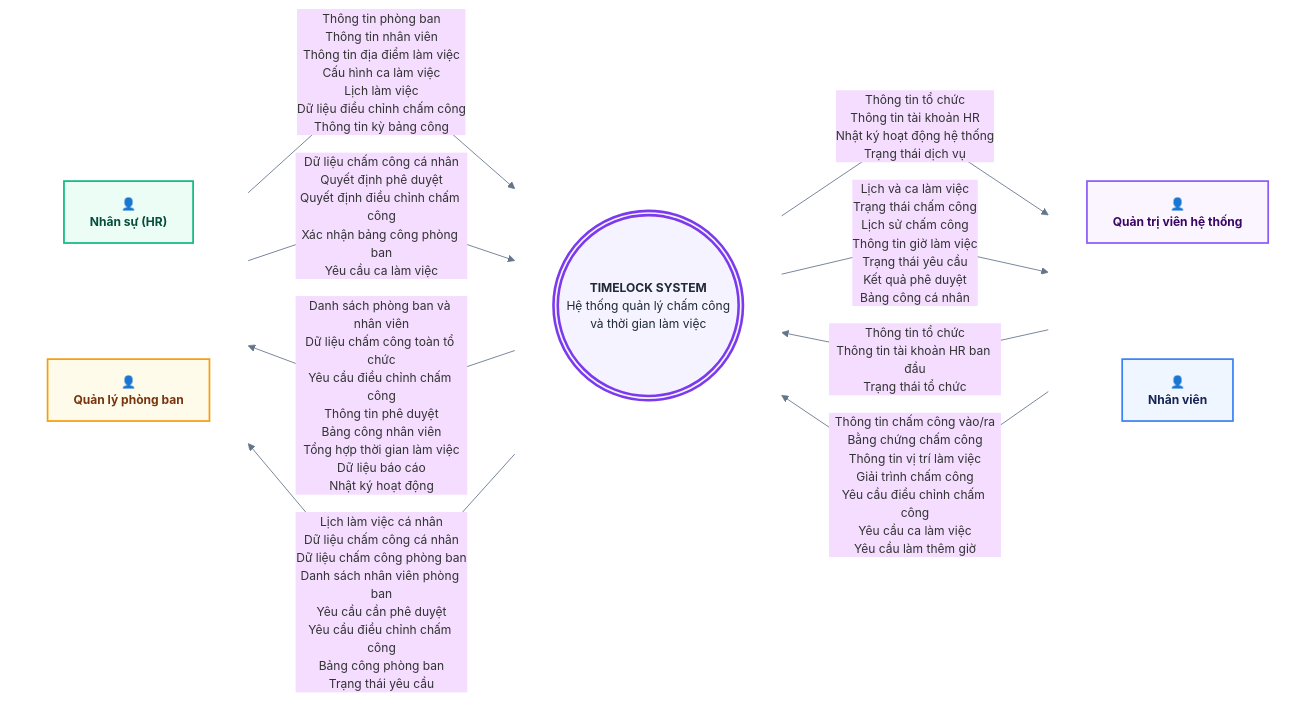
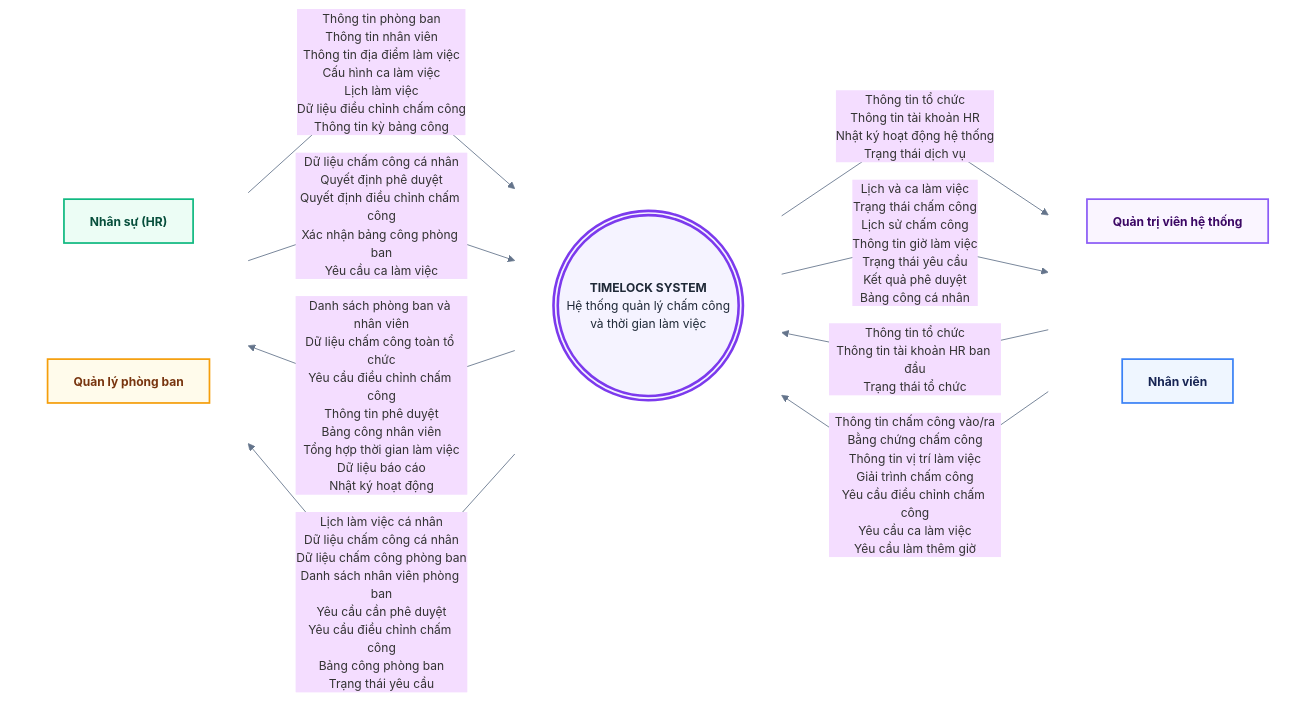
One commit to hoaibao1102/CoreStaff changed the diagram in Docs/TimeLock_Context_Diagram.md. Above: the diagram before and after it, drawn with Mermaid. The commit also changed other lines of this file and 1 other file, not shown here.

```diff
--- a/Docs/TimeLock_Context_Diagram.md
+++ b/Docs/TimeLock_Context_Diagram.md
@@ -26,103 +26,43 @@
 }}%%
 
 flowchart LR
-
-    %% =====================================================
-    %% LEFT ACTORS
-    %% =====================================================
-
     subgraph LEFT[" "]
         direction TB
-
-        ADMIN["👤<br/><b>Quản trị viên hệ thống</b>"]
-
-        EMPLOYEE["👤<br/><b>Nhân viên</b>"]
+        ADMIN["<b>Quản trị viên hệ thống</b>"]
+        EMPLOYEE["<b>Nhân viên</b>"]
     end
-
-
-    %% =====================================================
-    %% TIMELOCK SYSTEM
-    %% =====================================================
 
     subgraph CENTER[" "]
         direction TB
-
         TIMELOCK((("<b>TIMELOCK SYSTEM</b><br/>Hệ thống quản lý chấm công<br/>và thời gian làm việc")))
     end
 
-
-    %% =====================================================
-    %% RIGHT ACTORS
-    %% =====================================================
-
     subgraph RIGHT[" "]
         direction TB
-
-        HR["👤<br/><b>Nhân sự (HR)</b>"]
-
-        MANAGER["👤<br/><b>Quản lý phòng ban</b>"]
+        HR["<b>Nhân sự (HR)</b>"]
+        MANAGER["<b>Quản lý phòng ban</b>"]
     end
 
-
-    %% =====================================================
-    %% SYSTEM ADMIN
-    %% =====================================================
-
     ADMIN -->|"Thông tin tổ chức<br/>Thông tin tài khoản HR ban đầu<br/>Trạng thái tổ chức"| TIMELOCK
-
     TIMELOCK -->|"Thông tin tổ chức<br/>Thông tin tài khoản HR<br/>Nhật ký hoạt động hệ thống<br/>Trạng thái dịch vụ"| ADMIN
 
-
-    %% =====================================================
-    %% EMPLOYEE
-    %% =====================================================
-
     EMPLOYEE -->|"Thông tin chấm công vào/ra<br/>Bằng chứng chấm công<br/>Thông tin vị trí làm việc<br/>Giải trình chấm công<br/>Yêu cầu điều chỉnh chấm công<br/>Yêu cầu ca làm việc<br/>Yêu cầu làm thêm giờ"| TIMELOCK
-
     TIMELOCK -->|"Lịch và ca làm việc<br/>Trạng thái chấm công<br/>Lịch sử chấm công<br/>Thông tin giờ làm việc<br/>Trạng thái yêu cầu<br/>Kết quả phê duyệt<br/>Bảng công cá nhân"| EMPLOYEE
 
-
-    %% =====================================================
-    %% HR
-    %% =====================================================
-
     HR -->|"Thông tin phòng ban<br/>Thông tin nhân viên<br/>Thông tin địa điểm làm việc<br/>Cấu hình ca làm việc<br/>Lịch làm việc<br/>Dữ liệu điều chỉnh chấm công<br/>Thông tin kỳ bảng công"| TIMELOCK
-
     TIMELOCK -->|"Danh sách phòng ban và nhân viên<br/>Dữ liệu chấm công toàn tổ chức<br/>Yêu cầu điều chỉnh chấm công<br/>Thông tin phê duyệt<br/>Bảng công nhân viên<br/>Tổng hợp thời gian làm việc<br/>Dữ liệu báo cáo<br/>Nhật ký hoạt động"| HR
 
-
-    %% =====================================================
-    %% DEPARTMENT MANAGER
-    %% =====================================================
-
     MANAGER -->|"Dữ liệu chấm công cá nhân<br/>Quyết định phê duyệt<br/>Quyết định điều chỉnh chấm công<br/>Xác nhận bảng công phòng ban<br/>Yêu cầu ca làm việc"| TIMELOCK
-
     TIMELOCK -->|"Lịch làm việc cá nhân<br/>Dữ liệu chấm công cá nhân<br/>Dữ liệu chấm công phòng ban<br/>Danh sách nhân viên phòng ban<br/>Yêu cầu cần phê duyệt<br/>Yêu cầu điều chỉnh chấm công<br/>Bảng công phòng ban<br/>Trạng thái yêu cầu"| MANAGER
-
-
-    %% =====================================================
-    %% INVISIBLE LAYOUT LINKS
-    %% Giữ actor trên / dưới cân đối
-    %% =====================================================
 
     ADMIN ~~~ EMPLOYEE
     HR ~~~ MANAGER
 
-
-    %% =====================================================
-    %% STYLES
-    %% =====================================================
-
     classDef adminActor fill:#faf5ff,stroke:#8b5cf6,stroke-width:2px,color:#3b0764;
-
     classDef hrActor fill:#ecfdf5,stroke:#10b981,stroke-width:2px,color:#064e3b;
-
     classDef managerActor fill:#fffbeb,stroke:#f59e0b,stroke-width:2px,color:#78350f;
-
     classDef employeeActor fill:#eff6ff,stroke:#3b82f6,stroke-width:2px,color:#172554;
-
     classDef systemNode fill:#f5f3ff,stroke:#7c3aed,stroke-width:3px,color:#1f2937;
-
 
     class ADMIN adminActor;
     class HR hrActor;
@@ -130,9 +70,6 @@
     class EMPLOYEE employeeActor;
     class TIMELOCK systemNode;
 
-
-    %% Ẩn viền các subgraph dùng để căn layout
-
     style LEFT fill:transparent,stroke:transparent
     style CENTER fill:transparent,stroke:transparent
     style RIGHT fill:transparent,stroke:transparent
```
